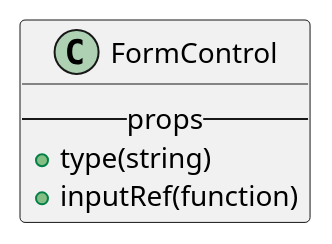
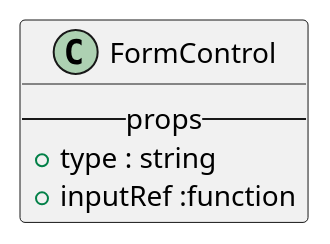
The diagram in react/bootstrap/formcontrol.iuml (M9k/Marvin-Uml), drawn with PlantUML before and after one commit. The commit also changed 10 other files, not shown here.

Commit message:
fix uml standard parte bootstrap

```diff
--- a/react/bootstrap/formcontrol.iuml
+++ b/react/bootstrap/formcontrol.iuml
@@ -1,5 +1,5 @@
 class FormControl{
     --props--
-        + type(string)
-        + inputRef(function)
+        + type : string
+        + inputRef :function
 }
```
